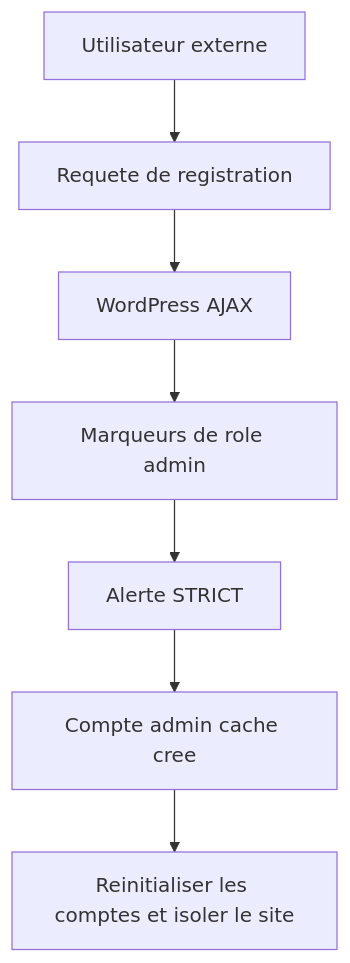
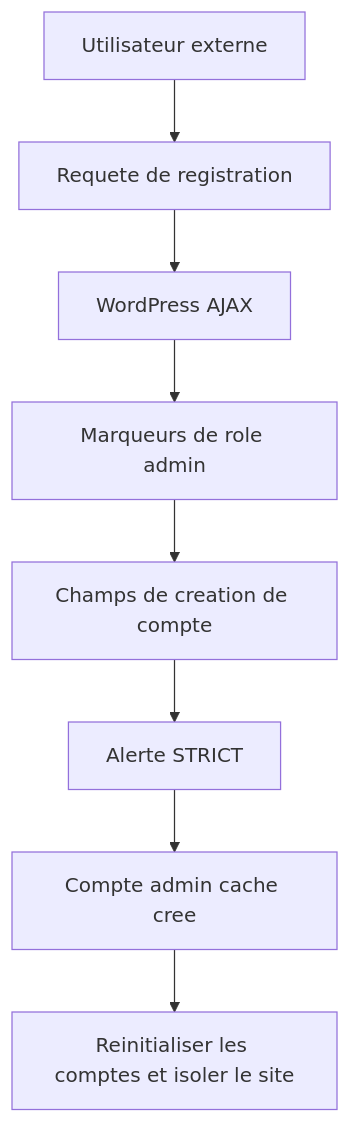
One commit to Hatchepsoute/sigma-rules changed the diagram in CVE-2026-1492_wordpress_User_Registration_Membership/diagrams/DIAGRAM_CVE_2026_1492_ATTACK_DETECTION_RESPONSE_FR.mmd. Above: the diagram before and after it, drawn with Mermaid. The commit also changed 305 other files, not shown here.

```diff
--- a/CVE-2026-1492_wordpress_User_Registration_Membership/diagrams/DIAGRAM_CVE_2026_1492_ATTACK_DETECTION_RESPONSE_FR.mmd
+++ b/CVE-2026-1492_wordpress_User_Registration_Membership/diagrams/DIAGRAM_CVE_2026_1492_ATTACK_DETECTION_RESPONSE_FR.mmd
@@ -1,7 +1,8 @@
 flowchart TD
   A[Utilisateur externe] --> B[Requete de registration]
   B --> C[WordPress AJAX]
   C --> D[Marqueurs de role admin]
-  D --> E[Alerte STRICT]
-  E --> F[Compte admin cache cree]
-  F --> G[Reinitialiser les comptes et isoler le site]
+  D --> E[Champs de creation de compte]
+  E --> F[Alerte STRICT]
+  F --> G[Compte admin cache cree]
+  G --> H[Reinitialiser les comptes et isoler le site]
```
